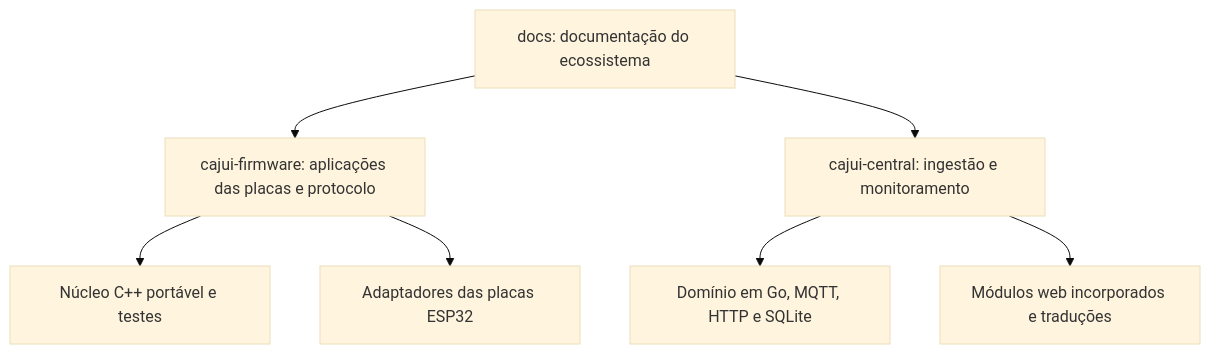
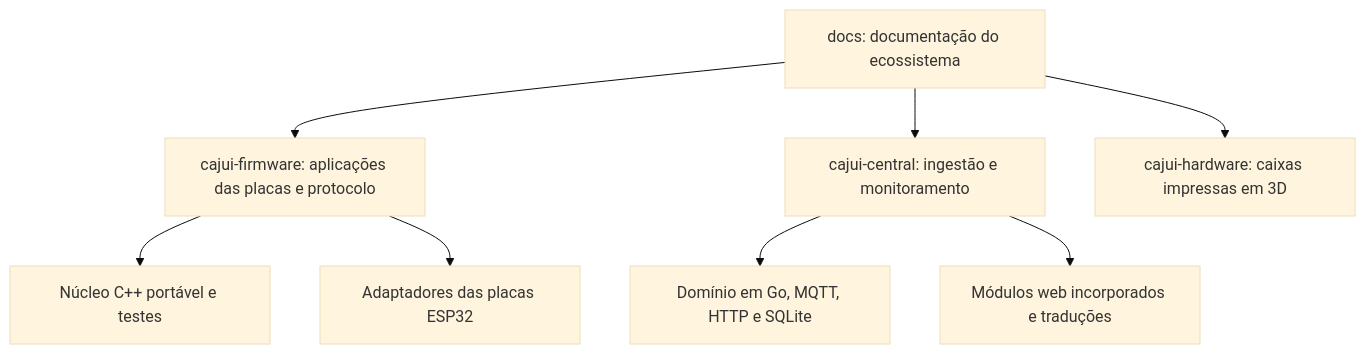
The diagram in docs/pt-BR/development.md (cajui/docs), drawn with Mermaid (base theme) before and after one commit. The commit also changed 3 other files, not shown here.

First line of the commit message:
docs: link the cajui-hardware repository

````diff
--- a/docs/pt-BR/development.md
+++ b/docs/pt-BR/development.md
@@ -9,9 +9,10 @@
 ```mermaid
 flowchart TB
     D[docs: documentação do ecossistema] --> F[cajui-firmware: aplicações das placas e protocolo]
     D --> C[cajui-central: ingestão e monitoramento]
+    D --> H[cajui-hardware: caixas impressas em 3D]
     F --> FC[Núcleo C++ portável e testes]
     F --> FA[Adaptadores das placas ESP32]
     C --> CB[Domínio em Go, MQTT, HTTP e SQLite]
     C --> UI[Módulos web incorporados e traduções]
 ```
````
